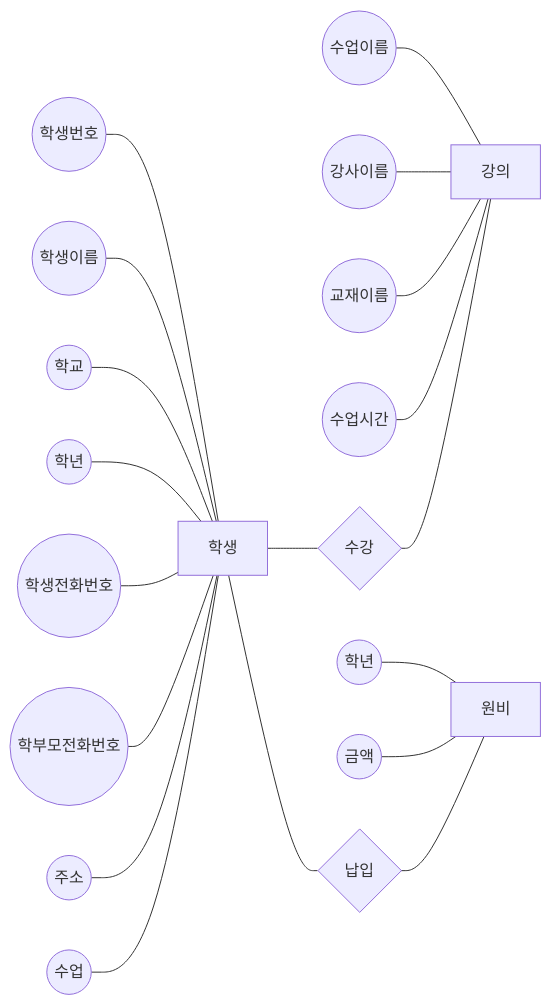
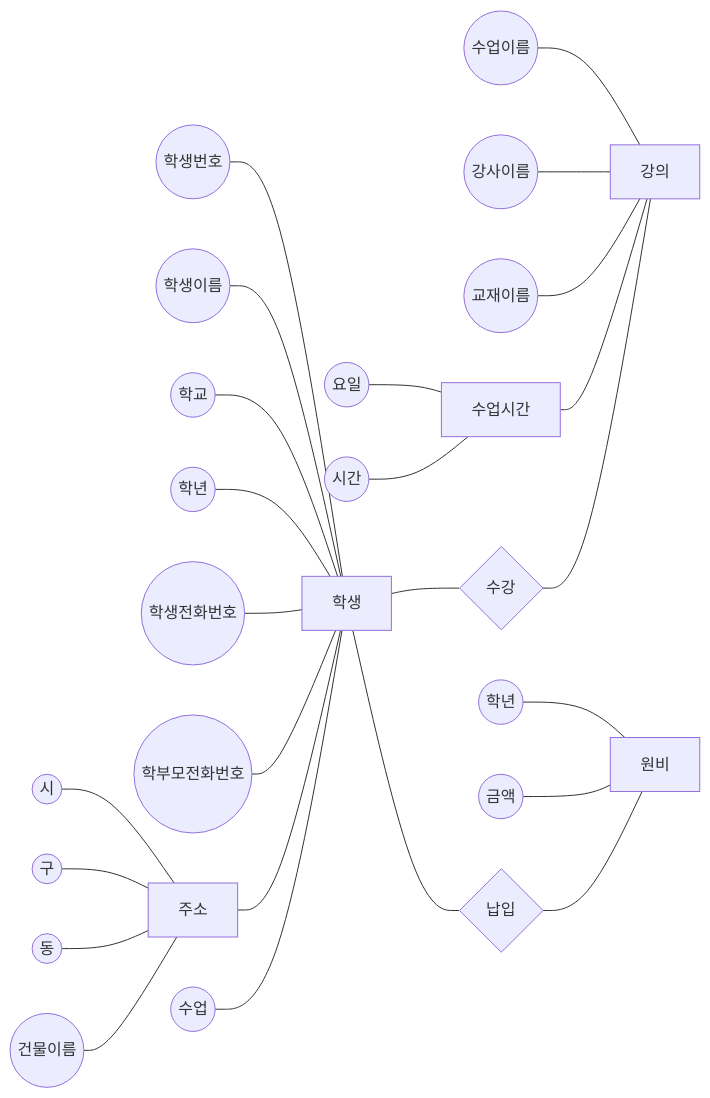
One commit to HYUUUNAKIM/DB_project changed the second of 2 diagrams in README(요구사항명세서추가).md. Above: the diagram before and after it, drawn with Mermaid. The commit also changed other lines of this file, not shown here.

````diff
--- a/README(요구사항명세서추가).md
+++ b/README(요구사항명세서추가).md
@@ -180,21 +182,27 @@
 ```mermaid
 graph LR
 A((학생번호))---S[학생]
 B((학생이름))---S[학생]
 C((학교))---S[학생]
 D((학년))---S[학생]
 E((학생전화번호))---S[학생]
 F((학부모전화번호))---S[학생]
 G((주소))---S[학생]
+c((시))---G[주소]
+d((구))---G[주소]
+e((동))---G[주소]
+f((건물이름))---G[주소]
 H((수업))---S[학생]
 I((수업이름))---L[강의]
 K((강사이름))---L[강의]
 M((교재이름))---L[강의]
 N((수업시간))---L[강의]
+g((요일))---N[수업시간]
+h((시간))---N[수업시간]
 a((학년))---p[원비]
 b((금액))---p[원비]
 S---J{수강}
 J---L[강의]
 S---P{납입}
 P---p[원비]
 ```
````
